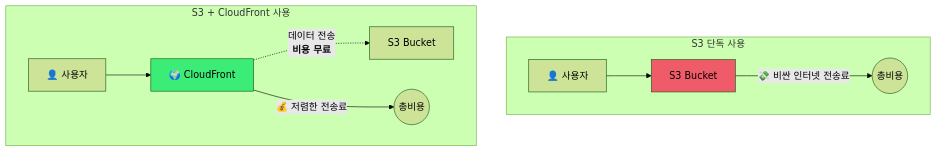
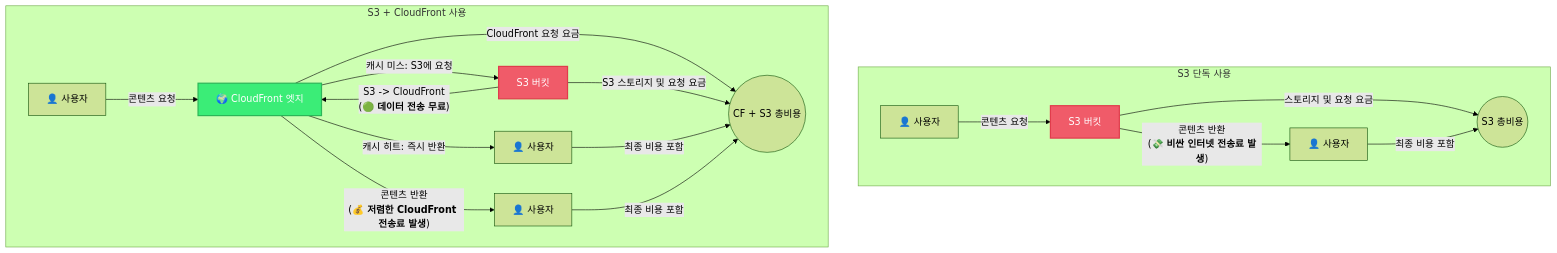
The first of 3 diagrams in 책/_posts/2025-10-03-그림으로-이해하는-AWS-구조와-기술.md (Minnnning/minnnning.github.io), drawn with Mermaid (forest theme) before and after one commit. The commit also changed other lines of this file, not shown here.

````diff
--- a/책/_posts/2025-10-03-그림으로-이해하는-AWS-구조와-기술.md
+++ b/책/_posts/2025-10-03-그림으로-이해하는-AWS-구조와-기술.md
@@ -115,16 +115,30 @@
 ``` mermaid
 graph TD
     subgraph "S3 단독 사용"
-        U1[👤 사용자] --> S3[S3 Bucket]
-        S3 -- "💸 비싼 인터넷 전송료" --> T1((총비용))
+        U1[👤 사용자] -- "콘텐츠 요청" --> S3_Only[S3 버킷]
+        S3_Only -- "콘텐츠 반환<br/>(💸 <b>비싼 인터넷 전송료 발생</b>)" --> U1_Return[👤 사용자]
+        S3_Only -- "스토리지 및 요청 요금" --> Cost_S3_Only((S3 총비용))
+        U1_Return -- "최종 비용 포함" --> Cost_S3_Only
     end
 
     subgraph "S3 + CloudFront 사용"
-        U2[👤 사용자] --> CF[🌍 CloudFront]
-        CF -. "데이터 전송<br/><b>비용 무료</b>" .-> S3_CF[S3 Bucket]
-        CF -- "💰 저렴한 전송료" --> T2((총비용))
+        U2[👤 사용자] -- "콘텐츠 요청" --> CF_With_S3[🌍 CloudFront 엣지]
+        
+        CF_With_S3 -- "캐시 히트: 즉시 반환" --> U2_Return_Fast[👤 사용자]
+        CF_With_S3 -- "캐시 미스: S3에 요청" --> S3_With_CF[S3 버킷]
+        S3_With_CF -- "S3 -> CloudFront<br/>(🟢 <b>데이터 전송 무료</b>)" --> CF_With_S3
+        CF_With_S3 -- "콘텐츠 반환<br/>(💰 <b>저렴한 CloudFront 전송료 발생</b>)" --> U2_Return_Normal[👤 사용자]
+
+        CF_With_S3 -- "CloudFront 요청 요금" --> Cost_CF_With_S3((CF + S3 총비용))
+        S3_With_CF -- "S3 스토리지 및 요청 요금" --> Cost_CF_With_S3
+        U2_Return_Fast -- "최종 비용 포함" --> Cost_CF_With_S3
+        U2_Return_Normal -- "최종 비용 포함" --> Cost_CF_With_S3
     end
 
-    style S3 fill:#f05b69
-    style CF fill:#3bed77
+    %% 스타일링
+    style S3_Only fill:#f05b69,stroke:#e03c4c,stroke-width:2px,color:#fff
+    style CF_With_S3 fill:#3bed77,stroke:#2cb658,stroke-width:2px,color:#fff
+    style S3_With_CF fill:#f05b69,stroke:#e03c4c,stroke-width:2px,color:#fff
+
+
 ```
````
